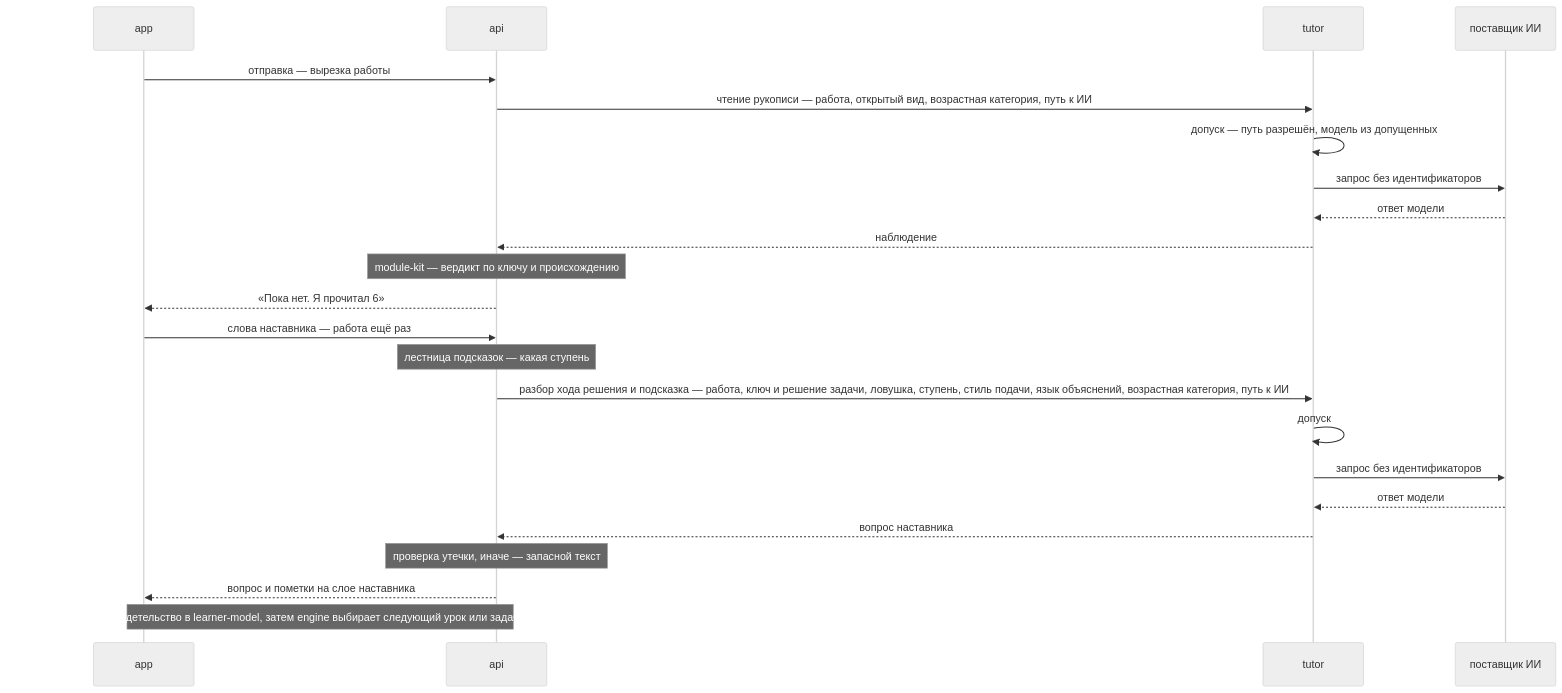
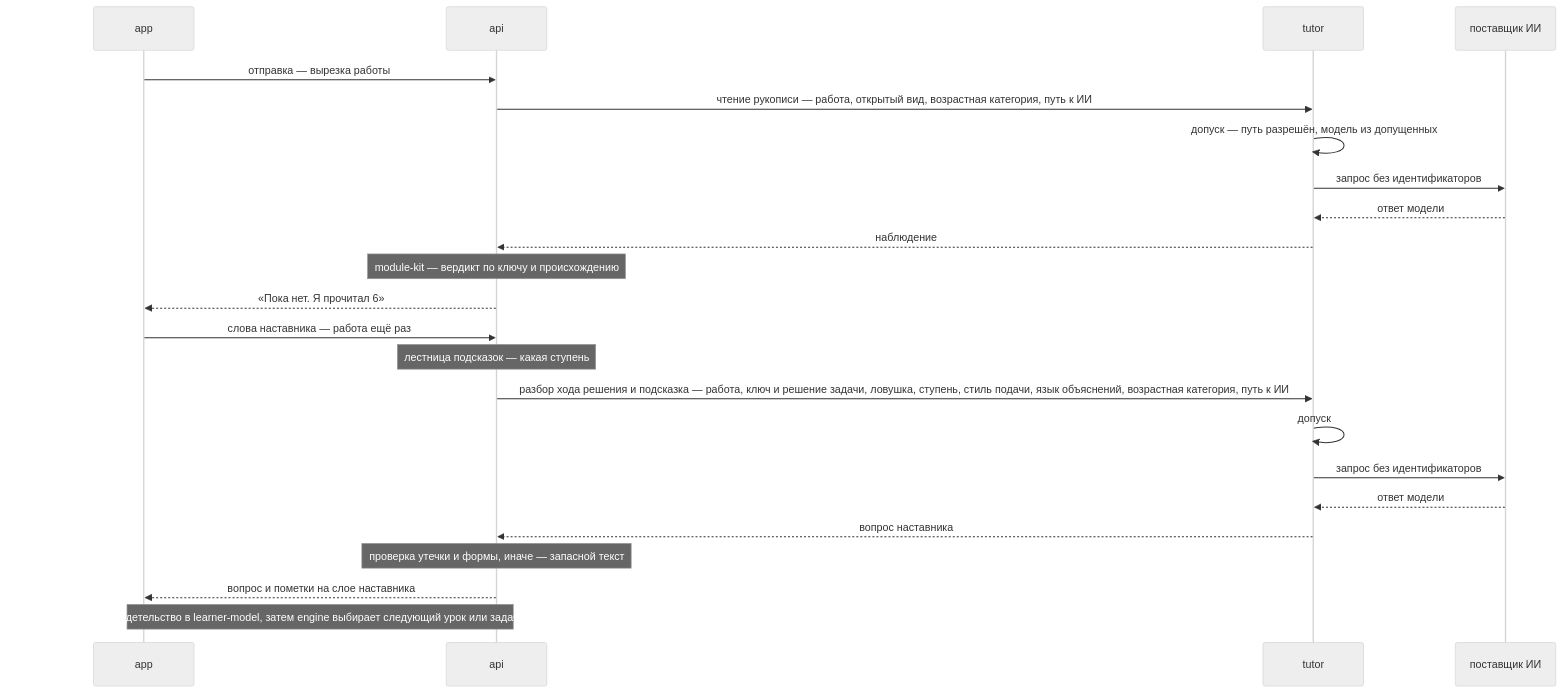
Before and after one commit to altnovatrail/spec: the second of 2 diagrams in docs/architecture.md, drawn with Mermaid (neutral theme). The commit also changed other lines of this file and 7 other files, not shown here.

````diff
--- a/docs/architecture.md
+++ b/docs/architecture.md
@@ -429,25 +431,25 @@
 ```mermaid
 sequenceDiagram
     participant A as app
     participant P as api
     participant T as tutor
     participant M as поставщик ИИ
     A->>P: отправка — вырезка работы
     P->>T: чтение рукописи — работа, открытый вид, возрастная категория, путь к ИИ
     T->>T: допуск — путь разрешён, модель из допущенных
     T->>M: запрос без идентификаторов
     M-->>T: ответ модели
     T-->>P: наблюдение
     Note over P: module-kit — вердикт по ключу и происхождению
     P-->>A: «Пока нет. Я прочитал 6»
     A->>P: слова наставника — работа ещё раз
     Note over P: лестница подсказок — какая ступень
     P->>T: разбор хода решения и подсказка — работа, ключ и решение задачи, ловушка, ступень, стиль подачи, язык объяснений, возрастная категория, путь к ИИ
     T->>T: допуск
     T->>M: запрос без идентификаторов
     M-->>T: ответ модели
     T-->>P: вопрос наставника
-    Note over P: проверка утечки, иначе — запасной текст
+    Note over P: проверка утечки и формы, иначе — запасной текст
     P-->>A: вопрос и пометки на слое наставника
     Note over A,P: по итогу попытки — свидетельство в learner-model, затем engine выбирает следующий урок или задачу и пишет код причины
 ```
````
